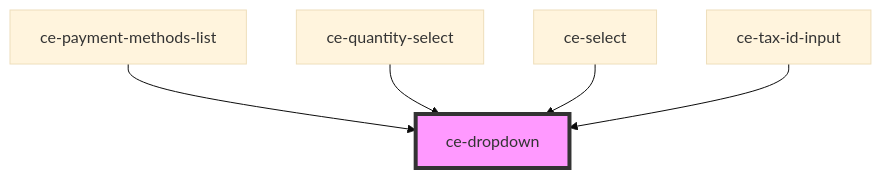
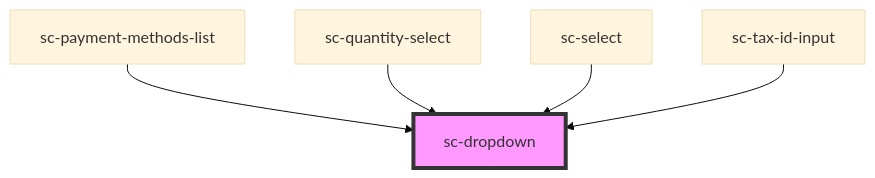
Before and after one commit to surecart/surecart-wp-plugin: the diagram in packages/components/src/components/ui/dropdown/readme.md, drawn with Mermaid (base theme). The commit also changed other lines of this file and 1281 other files, not shown here.

````diff
--- a/packages/components/src/components/ui/dropdown/readme.md
+++ b/packages/components/src/components/ui/dropdown/readme.md
@@ -43,8 +43,8 @@
 ```mermaid
 graph TD;
-  ce-payment-methods-list --> ce-dropdown
-  ce-quantity-select --> ce-dropdown
-  ce-select --> ce-dropdown
-  ce-tax-id-input --> ce-dropdown
-  style ce-dropdown fill:#f9f,stroke:#333,stroke-width:4px
+  sc-payment-methods-list --> sc-dropdown
+  sc-quantity-select --> sc-dropdown
+  sc-select --> sc-dropdown
+  sc-tax-id-input --> sc-dropdown
+  style sc-dropdown fill:#f9f,stroke:#333,stroke-width:4px
 ```
````
